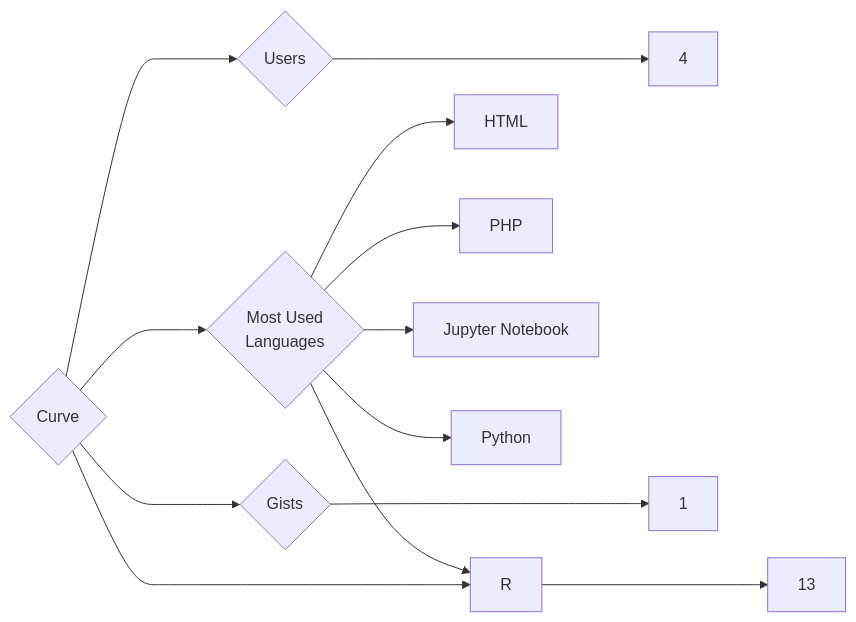
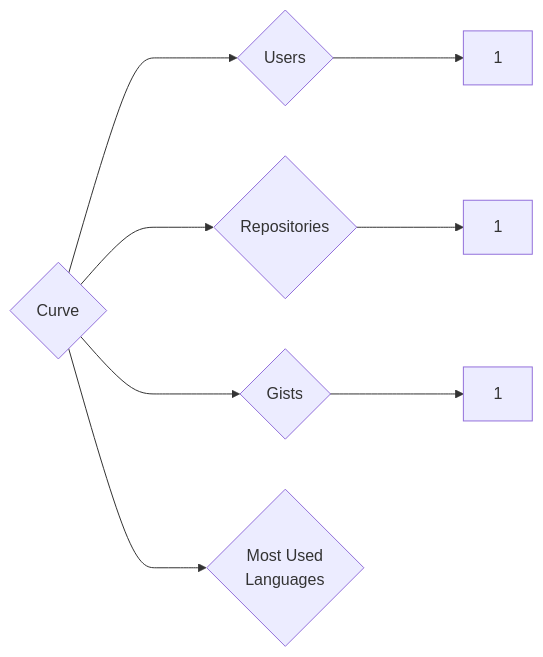
Before and after one commit to trickest/insiders: the diagram in targets/Curve/README.md, drawn with Mermaid. The commit also changed 837 other files, not shown here.

````diff
--- a/targets/Curve/README.md
+++ b/targets/Curve/README.md
@@ -3,13 +3,8 @@
 ```mermaid
 graph LR
 COMPANY_NAME{Curve}
-COMPANY_NAME ---> U{Users} ---> UN[4]
-COMPANY_NAME ---> R{Repositories} ---> RN[13]
+COMPANY_NAME ---> U{Users} ---> UN[1]
+COMPANY_NAME ---> R{Repositories} ---> RN[1]
 COMPANY_NAME ---> G{Gists} ---> GN[1]
 COMPANY_NAME ---> ML{Most Used<br>Languages}
-ML --> HTML[HTML]
-ML --> PHP[PHP]
-ML --> Jupyter_Notebook[Jupyter Notebook]
-ML --> R[R]
-ML --> Python[Python]
 ```
````
